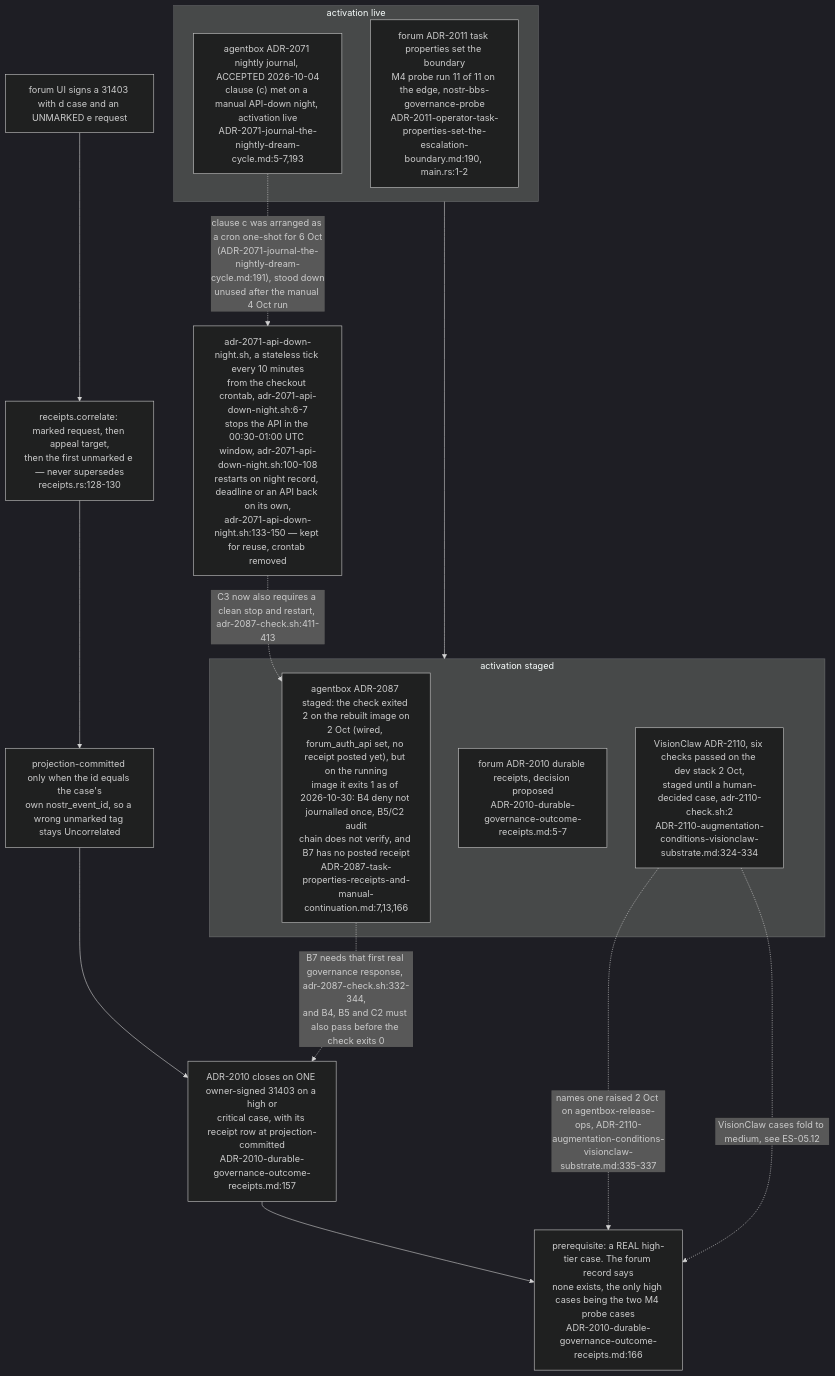
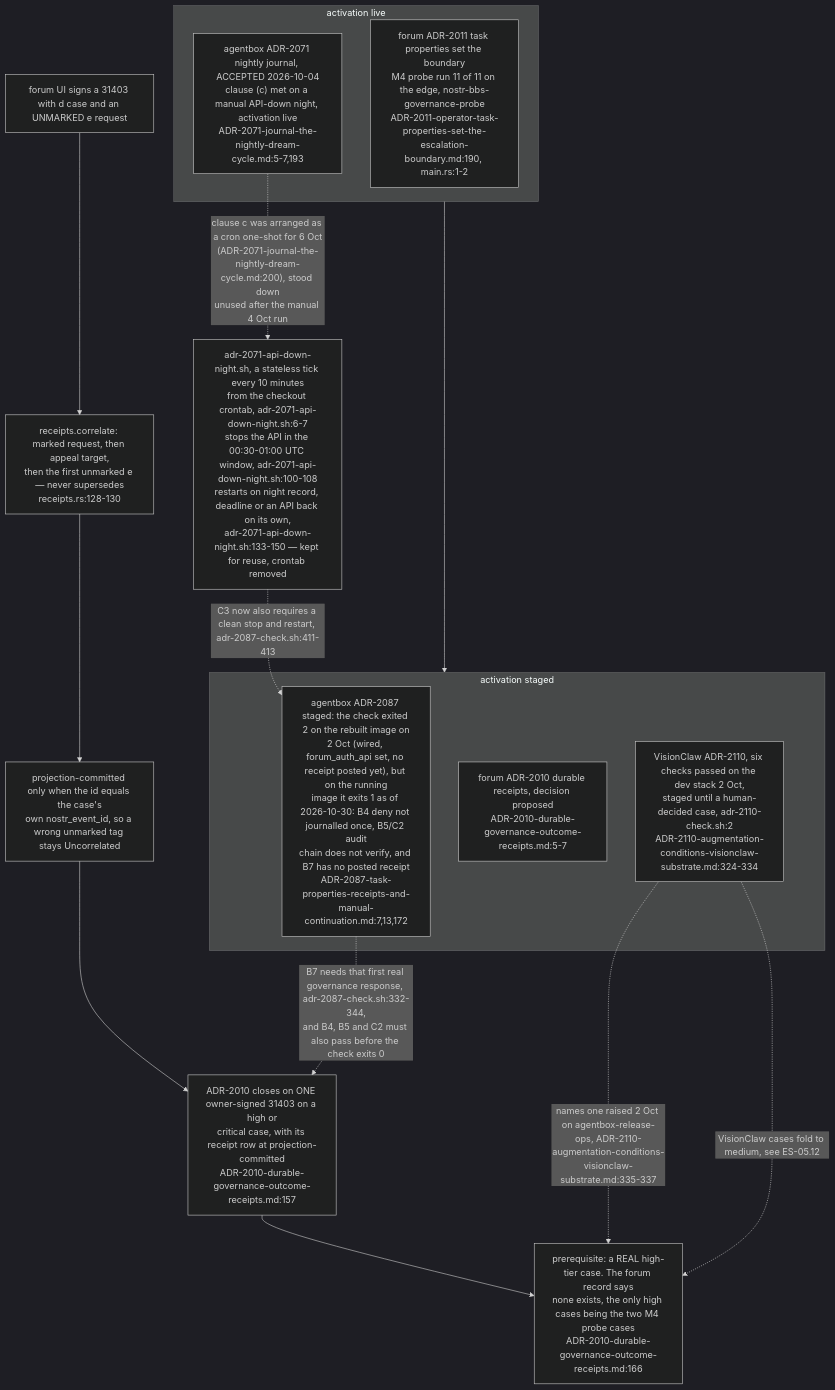
Before and after one commit to DreamLab-AI/VisionFlow: the tenth of 12 diagrams in docs/diagrams/estate/05-governance-loop-across-estate.md, drawn with Mermaid (dark theme). The commit also changed other lines of this file and 49 other files, not shown here.

First line of the commit message:
docs(diagrams): re-derive and re-stamp VisionClaw, estate, knowledge-graph, visionGraph, VisionFlow and sidestr topics

````diff
--- a/docs/diagrams/estate/05-governance-loop-across-estate.md
+++ b/docs/diagrams/estate/05-governance-loop-across-estate.md
@@ -332,23 +333,23 @@
 ```mermaid
 flowchart TB
     subgraph LIVE["activation live"]
         F2011["forum ADR-2011 task properties set the boundary<br/>M4 probe run 11 of 11 on the edge, nostr-bbs-governance-probe<br/>ADR-2011-operator-task-properties-set-the-escalation-boundary.md:190, main.rs:1-2"]
         A2071["agentbox ADR-2071 nightly journal, ACCEPTED 2026-10-04<br/>clause (c) met on a manual API-down night, activation live<br/>ADR-2071-journal-the-nightly-dream-cycle.md:5-7,193"]
     end
-    A2071 -.->|"clause c was arranged as a cron one-shot for 6 Oct<br/>(ADR-2071-journal-the-nightly-dream-cycle.md:191), stood down<br/>unused after the manual 4 Oct run"| ONESHOT["adr-2071-api-down-night.sh, a stateless tick every 10 minutes<br/>from the checkout crontab, adr-2071-api-down-night.sh:6-7<br/>stops the API in the 00:30-01:00 UTC window, adr-2071-api-down-night.sh:100-108<br/>restarts on night record, deadline or an API back on its own,<br/>adr-2071-api-down-night.sh:133-150 — kept for reuse, crontab removed"]
+    A2071 -.->|"clause c was arranged as a cron one-shot for 6 Oct<br/>(ADR-2071-journal-the-nightly-dream-cycle.md:200), stood down<br/>unused after the manual 4 Oct run"| ONESHOT["adr-2071-api-down-night.sh, a stateless tick every 10 minutes<br/>from the checkout crontab, adr-2071-api-down-night.sh:6-7<br/>stops the API in the 00:30-01:00 UTC window, adr-2071-api-down-night.sh:100-108<br/>restarts on night record, deadline or an API back on its own,<br/>adr-2071-api-down-night.sh:133-150 — kept for reuse, crontab removed"]
     ONESHOT -.->|"C3 now also requires a clean stop and restart, adr-2087-check.sh:411-413"| A2087
     subgraph STAGED["activation staged"]
-        A2087["agentbox ADR-2087 staged: the check exited 2 on the rebuilt image on<br/>2 Oct (wired, forum_auth_api set, no receipt posted yet), but on the running<br/>image it exits 1 as of 2026-10-30: B4 deny not journalled once, B5/C2 audit<br/>chain does not verify, and B7 has no posted receipt<br/>ADR-2087-task-properties-receipts-and-manual-continuation.md:7,13,166"]
+        A2087["agentbox ADR-2087 staged: the check exited 2 on the rebuilt image on<br/>2 Oct (wired, forum_auth_api set, no receipt posted yet), but on the running<br/>image it exits 1 as of 2026-10-30: B4 deny not journalled once, B5/C2 audit<br/>chain does not verify, and B7 has no posted receipt<br/>ADR-2087-task-properties-receipts-and-manual-continuation.md:7,13,172"]
         F2010["forum ADR-2010 durable receipts, decision proposed<br/>ADR-2010-durable-governance-outcome-receipts.md:5-7"]
         V2110["VisionClaw ADR-2110, six checks passed on the dev stack 2 Oct,<br/>staged until a human-decided case, adr-2110-check.sh:2<br/>ADR-2110-augmentation-conditions-visionclaw-substrate.md:324-334"]
     end
     LIVE --> STAGED
 
     UI["forum UI signs a 31403 with d case and an UNMARKED e request"] --> COR["receipts.correlate: marked request, then appeal target,<br/>then the first unmarked e — never supersedes<br/>receipts.rs:128-130"]
     COR --> PROJ["projection-committed only when the id equals the case's<br/>own nostr_event_id, so a wrong unmarked tag stays Uncorrelated"]
     PROJ --> ACC["ADR-2010 closes on ONE owner-signed 31403 on a high or<br/>critical case, with its receipt row at projection-committed<br/>ADR-2010-durable-governance-outcome-receipts.md:157"]
     ACC --> NOCASE["prerequisite: a REAL high-tier case. The forum record says<br/>none exists, the only high cases being the two M4 probe cases<br/>ADR-2010-durable-governance-outcome-receipts.md:166"]
     V2110 -.->|"names one raised 2 Oct on agentbox-release-ops, ADR-2110-augmentation-conditions-visionclaw-substrate.md:335-337"| NOCASE
     V2110 -.->|"VisionClaw cases fold to medium, see ES-05.12"| NOCASE
     A2087 -.->|"B7 needs that first real governance response, adr-2087-check.sh:332-344,<br/>and B4, B5 and C2 must also pass before the check exits 0"| ACC
 ```
````
